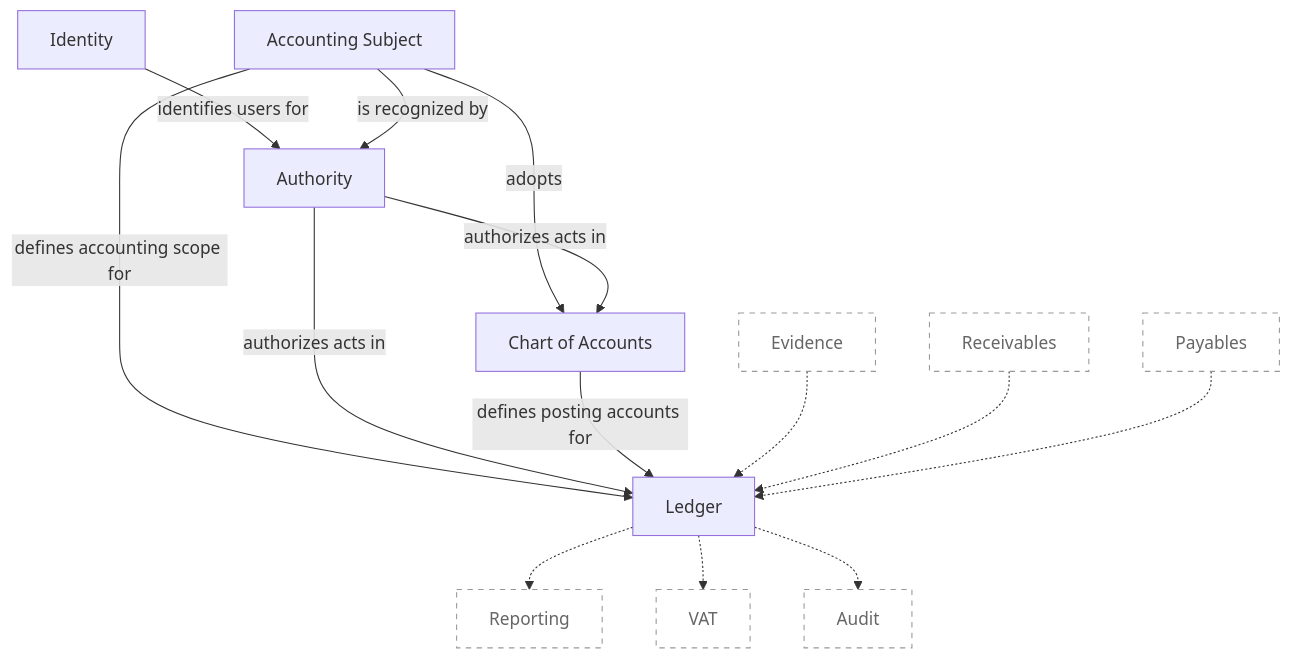
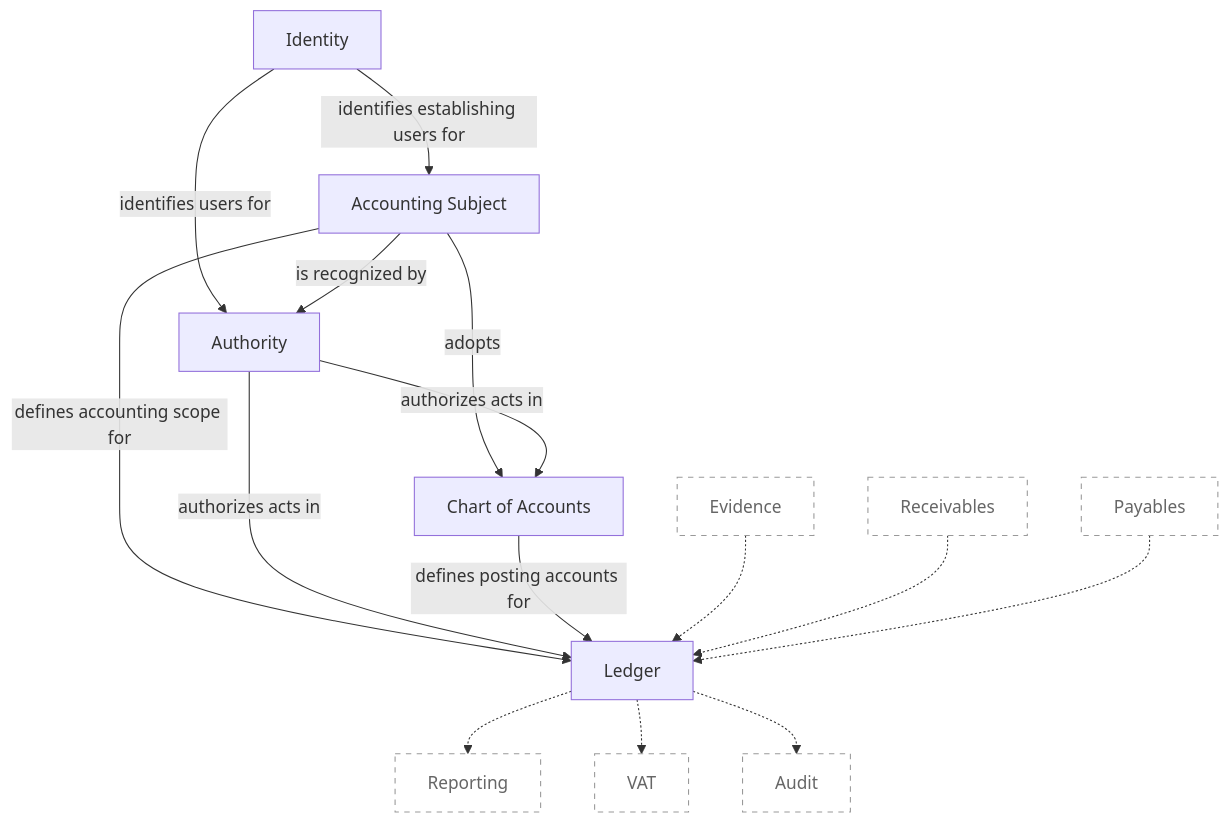
One commit to runemalm/acc-dotnet changed the diagram in README.md. Above: the diagram before and after it, drawn with Mermaid. The commit also changed other lines of this file and 29 other files, not shown here.

Commit message:
Migrate accounting subject module to current architecture.

````diff
--- a/README.md
+++ b/README.md
@@ -21,32 +21,33 @@
 ```mermaid
 flowchart TB
     Identity["Identity"]
     Authority["Authority"]
     AccountingSubject["Accounting Subject"]
     ChartOfAccounts["Chart of Accounts"]
     Ledger["Ledger"]
     Evidence["Evidence"]
     Receivables["Receivables"]
     Payables["Payables"]
     Reporting["Reporting"]
     VAT["VAT"]
     Audit["Audit"]
 
     Identity -->|identifies users for| Authority
+    Identity -->|identifies establishing users for| AccountingSubject
     AccountingSubject -->|is recognized by| Authority
     AccountingSubject -->|defines accounting scope for| Ledger
     AccountingSubject -->|adopts| ChartOfAccounts
     Authority -->|authorizes acts in| ChartOfAccounts
     Authority -->|authorizes acts in| Ledger
     ChartOfAccounts -->|defines posting accounts for| Ledger
 
     Evidence -.-> Ledger
     Receivables -.-> Ledger
     Payables -.-> Ledger
     Ledger -.-> Reporting
     Ledger -.-> VAT
     Ledger -.-> Audit
 
     classDef placeholder stroke-dasharray: 5 5,color:#666,stroke:#999,fill:#fff
     class Evidence,Receivables,Payables,Reporting,VAT,Audit placeholder
 ```
````
